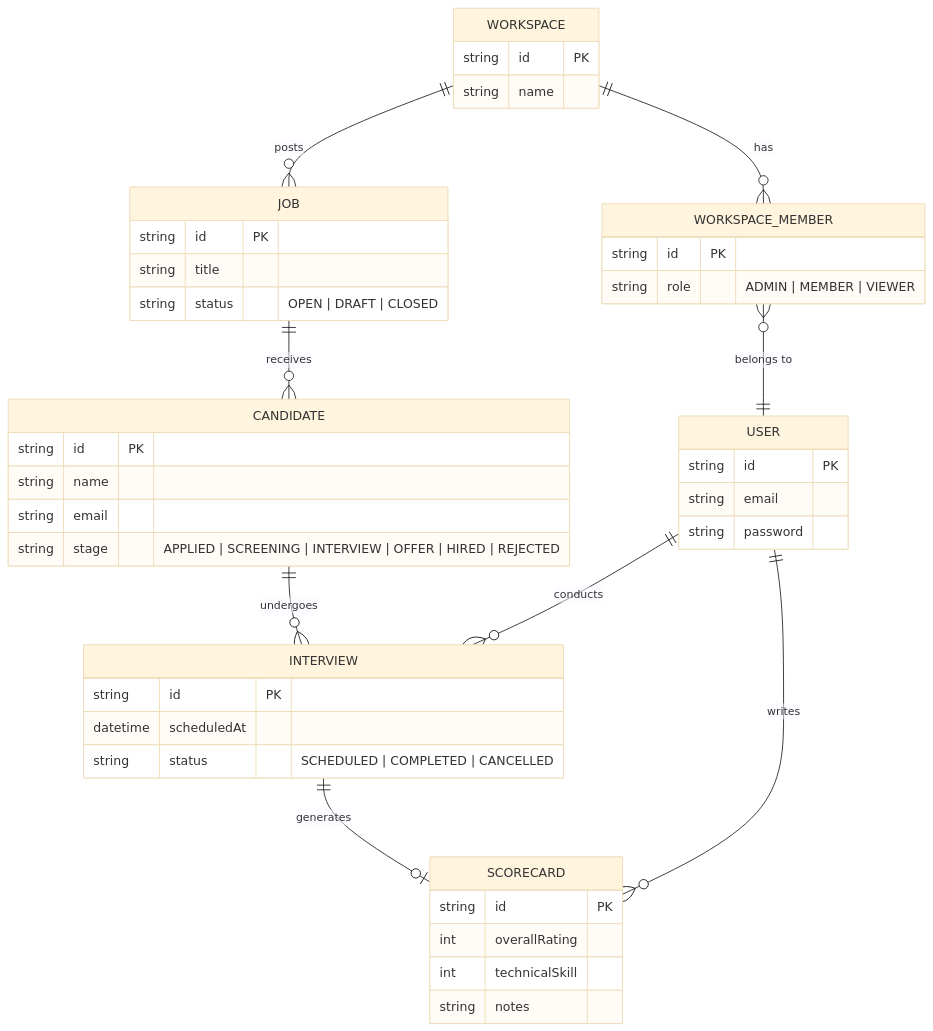
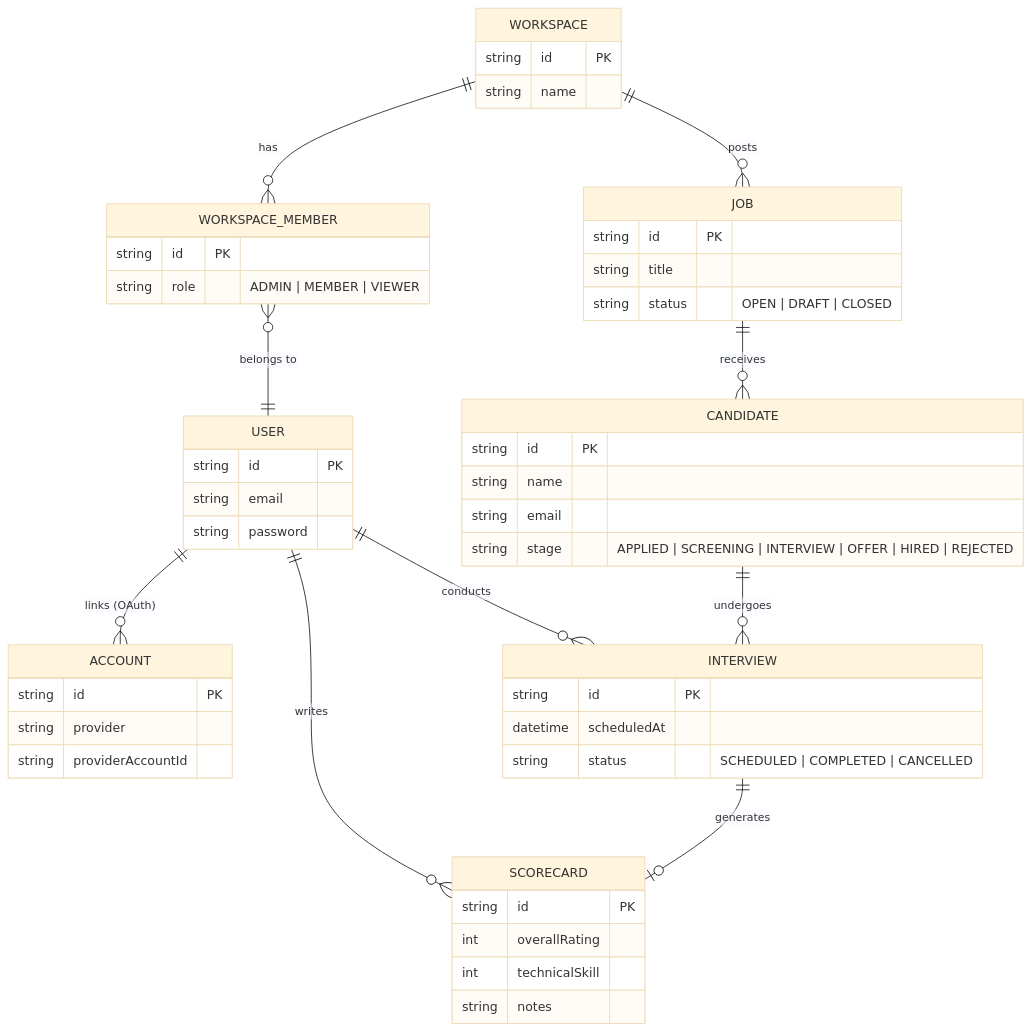
One commit to zokomon871/Hiretrack changed the diagram in docs/architecture.md. Above: the diagram before and after it, drawn with Mermaid (base theme). The commit also changed other lines of this file and 3 other files, not shown here.

````diff
--- a/docs/architecture.md
+++ b/docs/architecture.md
@@ -7,56 +7,63 @@
 ```mermaid
 erDiagram
     WORKSPACE ||--o{ WORKSPACE_MEMBER : "has"
     WORKSPACE ||--o{ JOB : "posts"
     WORKSPACE_MEMBER }o--|| USER : "belongs to"
+    USER ||--o{ ACCOUNT : "links (OAuth)"
     
     JOB ||--o{ CANDIDATE : "receives"
     
     CANDIDATE ||--o{ INTERVIEW : "undergoes"
     USER ||--o{ INTERVIEW : "conducts"
     
     INTERVIEW ||--o| SCORECARD : "generates"
     USER ||--o{ SCORECARD : "writes"
     
     USER {
         string id PK
         string email
         string password
+    }
+    
+    ACCOUNT {
+        string id PK
+        string provider
+        string providerAccountId
     }
     
     WORKSPACE {
         string id PK
         string name
     }
     
     WORKSPACE_MEMBER {
         string id PK
         string role "ADMIN | MEMBER | VIEWER"
     }
     
     JOB {
         string id PK
         string title
         string status "OPEN | DRAFT | CLOSED"
     }
     
     CANDIDATE {
         string id PK
         string name
         string email
         string stage "APPLIED | SCREENING | INTERVIEW | OFFER | HIRED | REJECTED"
     }
     
     INTERVIEW {
         string id PK
         datetime scheduledAt
         string status "SCHEDULED | COMPLETED | CANCELLED"
     }
     
     SCORECARD {
         string id PK
         int overallRating
         int technicalSkill
         string notes
     }
 ```
````
